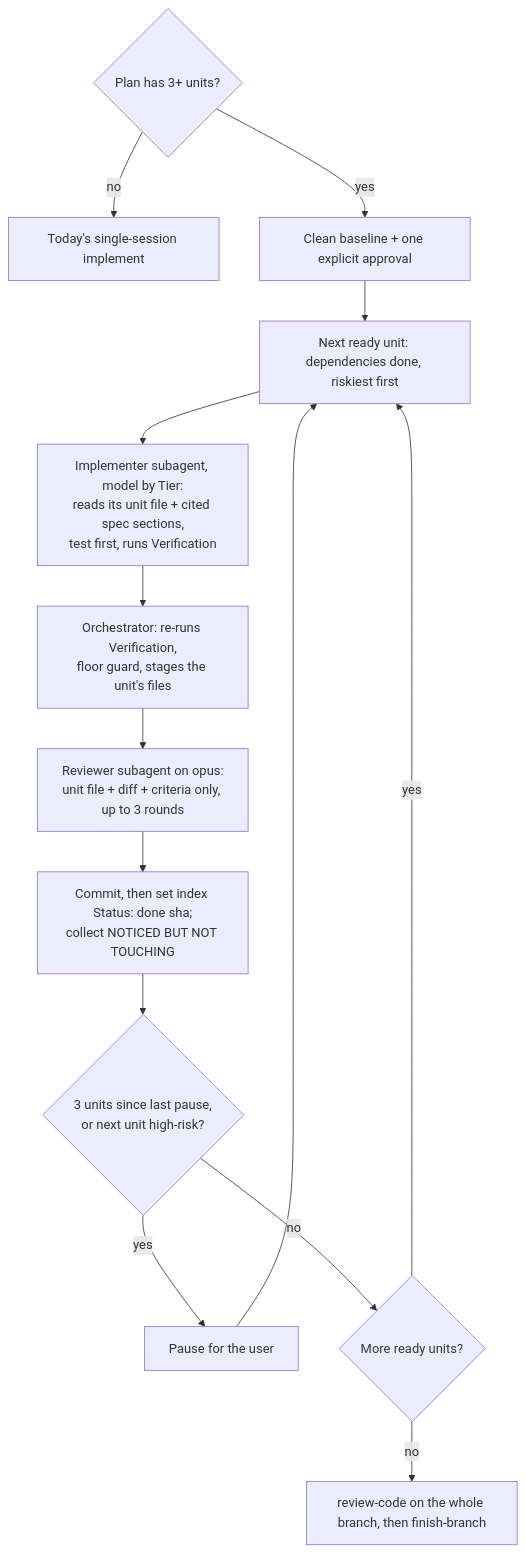
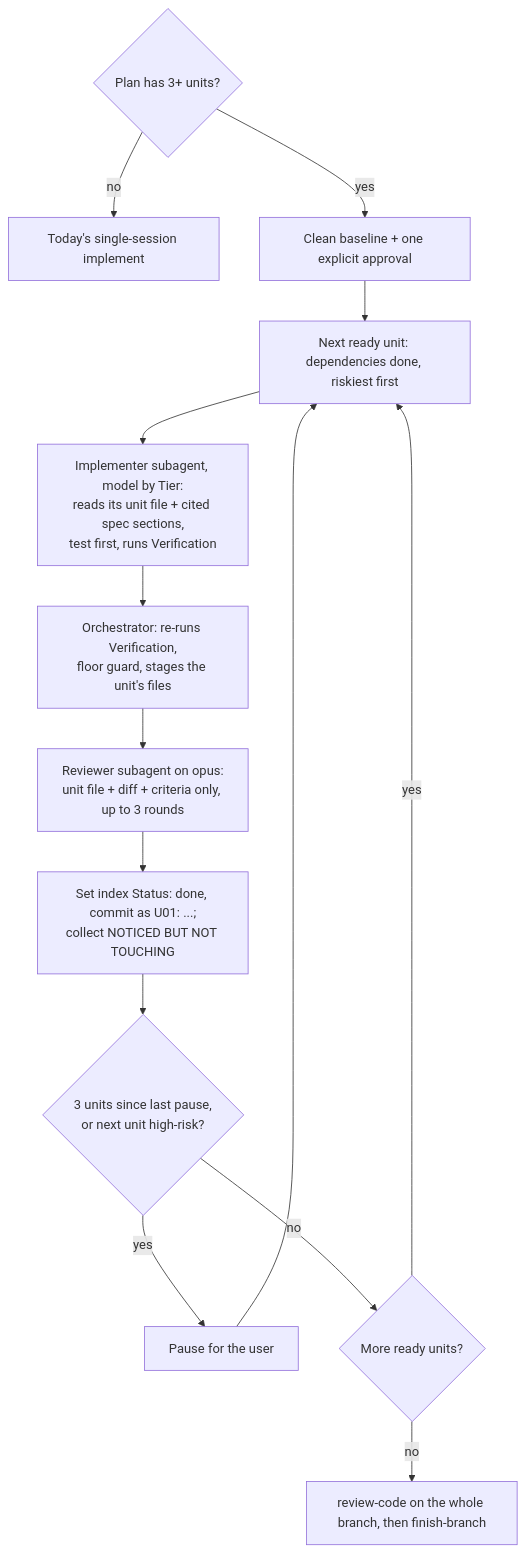
The diagram in docs/specs/2026-10-19-sequential-dispatch.md (girijesh-ai/spec-driven-engineering), drawn with Mermaid before and after one commit. The commit also changed other lines of this file, not shown here.

````diff
--- a/docs/specs/2026-10-19-sequential-dispatch.md
+++ b/docs/specs/2026-10-19-sequential-dispatch.md
@@ -119,15 +123,15 @@
 ```mermaid
 flowchart TD
   A{Plan has 3+ units?} -- no --> S[Today's single-session implement]
   A -- yes --> B[Clean baseline + one explicit approval]
   B --> C[Next ready unit: dependencies done, riskiest first]
   C --> D[Implementer subagent, model by Tier:<br/>reads its unit file + cited spec sections,<br/>test first, runs Verification]
   D --> E[Orchestrator: re-runs Verification,<br/>floor guard, stages the unit's files]
   E --> F[Reviewer subagent on opus:<br/>unit file + diff + criteria only, up to 3 rounds]
-  F --> G[Commit, then set index Status: done sha;<br/>collect NOTICED BUT NOT TOUCHING]
+  F --> G[Set index Status: done, commit as U01: ...;<br/>collect NOTICED BUT NOT TOUCHING]
   G --> H{3 units since last pause,<br/>or next unit high-risk?}
   H -- yes --> P[Pause for the user] --> C
   H -- no --> I{More ready units?}
   I -- yes --> C
   I -- no --> R[review-code on the whole branch, then finish-branch]
 ```
````
